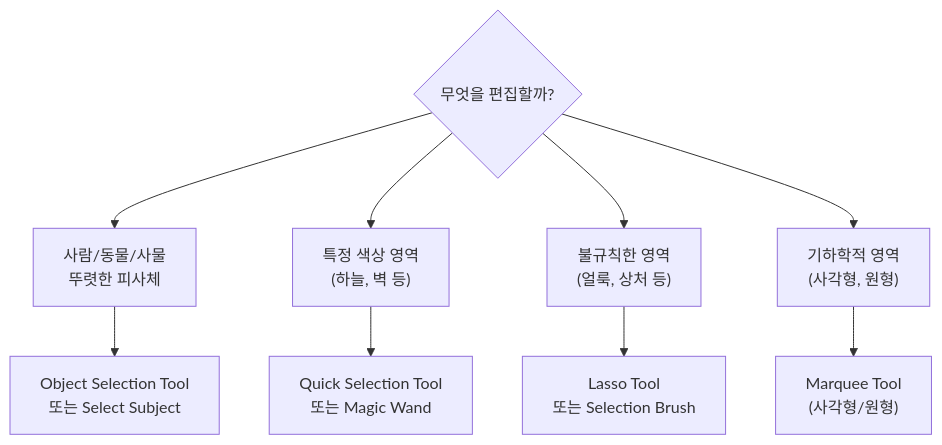
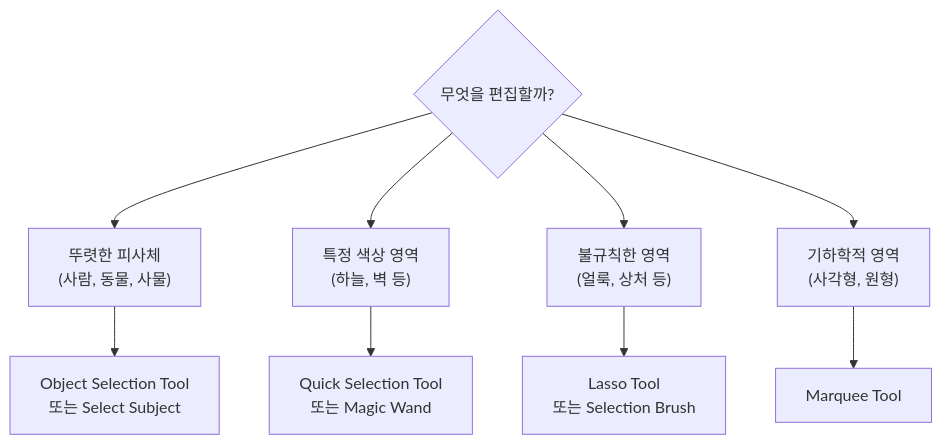
One commit to jsonpassion/forge-tutorial-promptcanvas changed the second of 3 diagrams in 09-ch9-adobe-photoshop-firefly-리터치-워크플로우/02-02-photoshop-generative-fill-마스터.md. Above: the diagram before and after it, drawn with Mermaid. The commit also changed other lines of this file and 63 other files, not shown here.

````diff
--- a/09-ch9-adobe-photoshop-firefly-리터치-워크플로우/02-02-photoshop-generative-fill-마스터.md
+++ b/09-ch9-adobe-photoshop-firefly-리터치-워크플로우/02-02-photoshop-generative-fill-마스터.md
@@ -65,13 +37,12 @@
 ```mermaid
 flowchart TD
     Q{"무엇을 편집할까?"}
-    Q --> A["사람/동물/사물<br/>뚜렷한 피사체"]
+    Q --> A["뚜렷한 피사체<br/>(사람, 동물, 사물)"]
     Q --> B["특정 색상 영역<br/>(하늘, 벽 등)"]
     Q --> C["불규칙한 영역<br/>(얼룩, 상처 등)"]
     Q --> D["기하학적 영역<br/>(사각형, 원형)"]
-    
     A --> A1["Object Selection Tool<br/>또는 Select Subject"]
     B --> B1["Quick Selection Tool<br/>또는 Magic Wand"]
     C --> C1["Lasso Tool<br/>또는 Selection Brush"]
-    D --> D1["Marquee Tool<br/>(사각형/원형)"]
+    D --> D1["Marquee Tool"]
 ```
````
